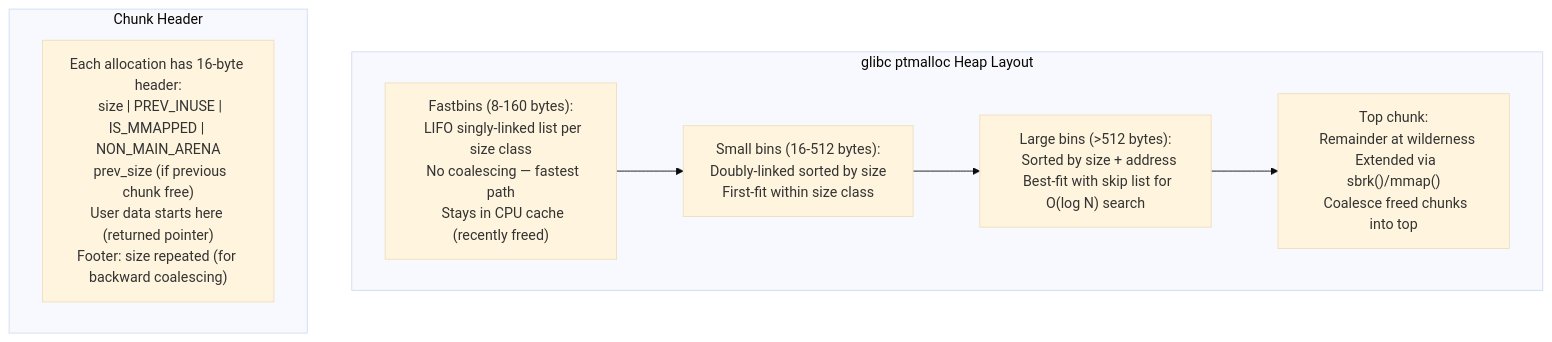
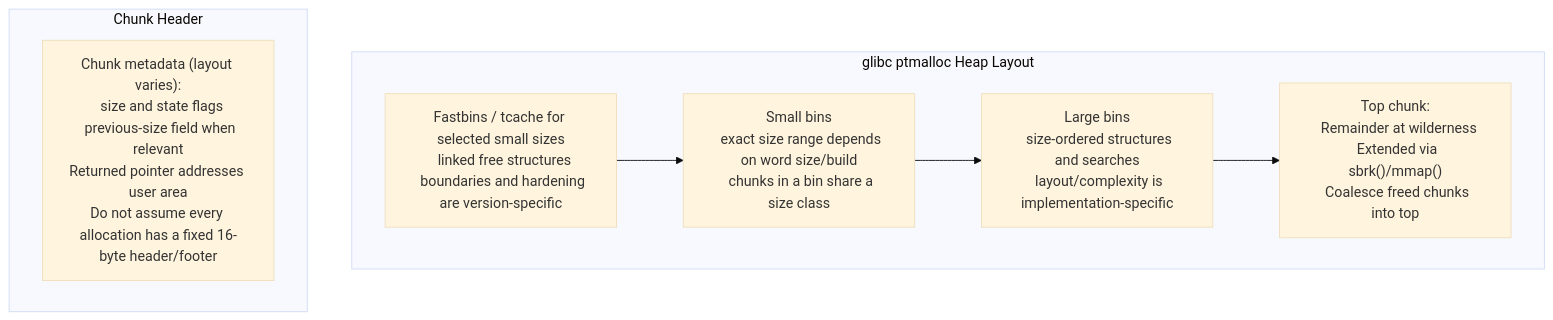
The tenth of 18 diagrams in content/docs/books/cs-reference/ko/systems-programming-internals.md (choisimo/document), drawn with Mermaid (base theme) before and after one commit. The commit also changed other lines of this file and 504 other files, not shown here.

````diff
--- a/content/docs/books/cs-reference/ko/systems-programming-internals.md
+++ b/content/docs/books/cs-reference/ko/systems-programming-internals.md
@@ -189,13 +201,13 @@
 ```mermaid
 flowchart TD
     subgraph "glibc ptmalloc Heap Layout"
-        FASTBIN["Fastbins (8-160 bytes):\n  LIFO singly-linked list per size class\n  No coalescing — fastest path\n  Stays in CPU cache (recently freed)"]
-        SMALLBIN["Small bins (16-512 bytes):\n  Doubly-linked sorted by size\n  First-fit within size class"]
-        LARGEBIN["Large bins (>512 bytes):\n  Sorted by size + address\n  Best-fit with skip list for O(log N) search"]
+        FASTBIN["Fastbins / tcache for selected small sizes\n  linked free structures\n  boundaries and hardening are version-specific"]
+        SMALLBIN["Small bins\n  exact size range depends on word size/build\n  chunks in a bin share a size class"]
+        LARGEBIN["Large bins\n  size-ordered structures and searches\n  layout/complexity is implementation-specific"]
         TOPCHUNK["Top chunk:\n  Remainder at wilderness\n  Extended via sbrk()/mmap()\n  Coalesce freed chunks into top"]
         FASTBIN --> SMALLBIN --> LARGEBIN --> TOPCHUNK
     end
     subgraph "Chunk Header"
-        HEADER["Each allocation has 16-byte header:\n  size | PREV_INUSE | IS_MMAPPED | NON_MAIN_ARENA\n  prev_size (if previous chunk free)\nUser data starts here (returned pointer)\nFooter: size repeated (for backward coalescing)"]
+        HEADER["Chunk metadata (layout varies):\n  size and state flags\n  previous-size field when relevant\nReturned pointer addresses user area\nDo not assume every allocation has a fixed 16-byte header/footer"]
     end
 ```
````
